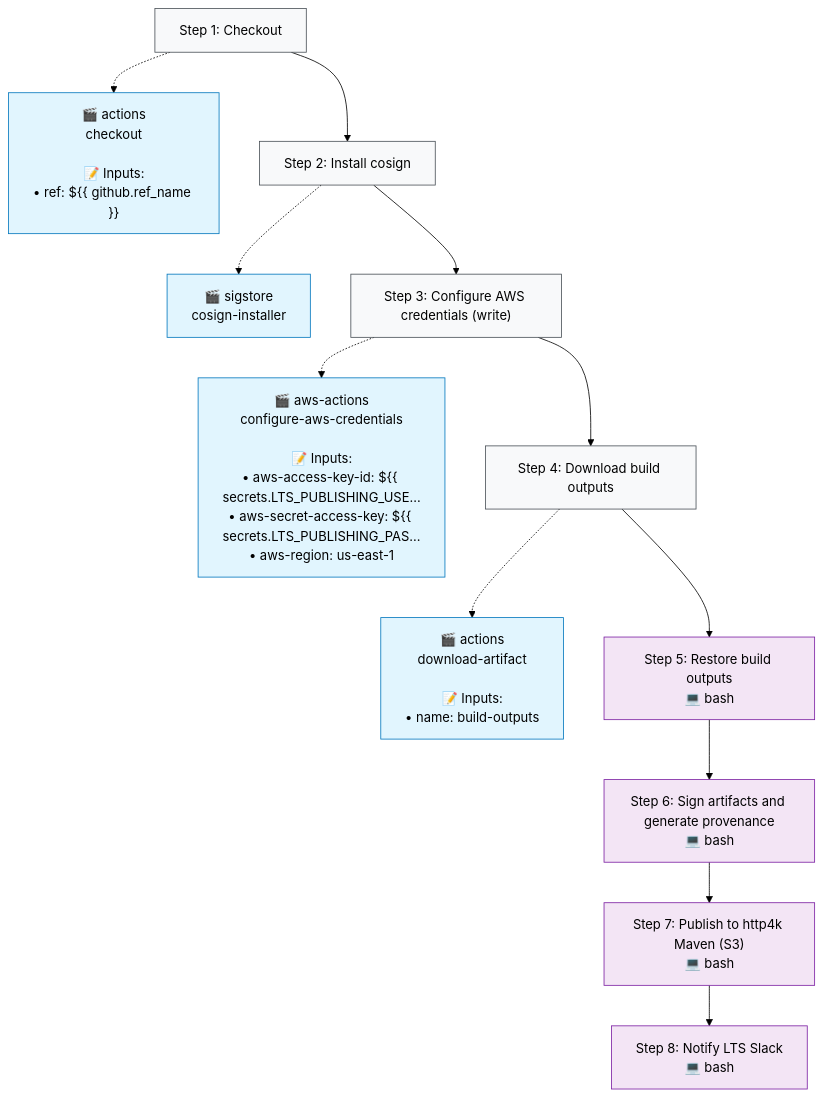
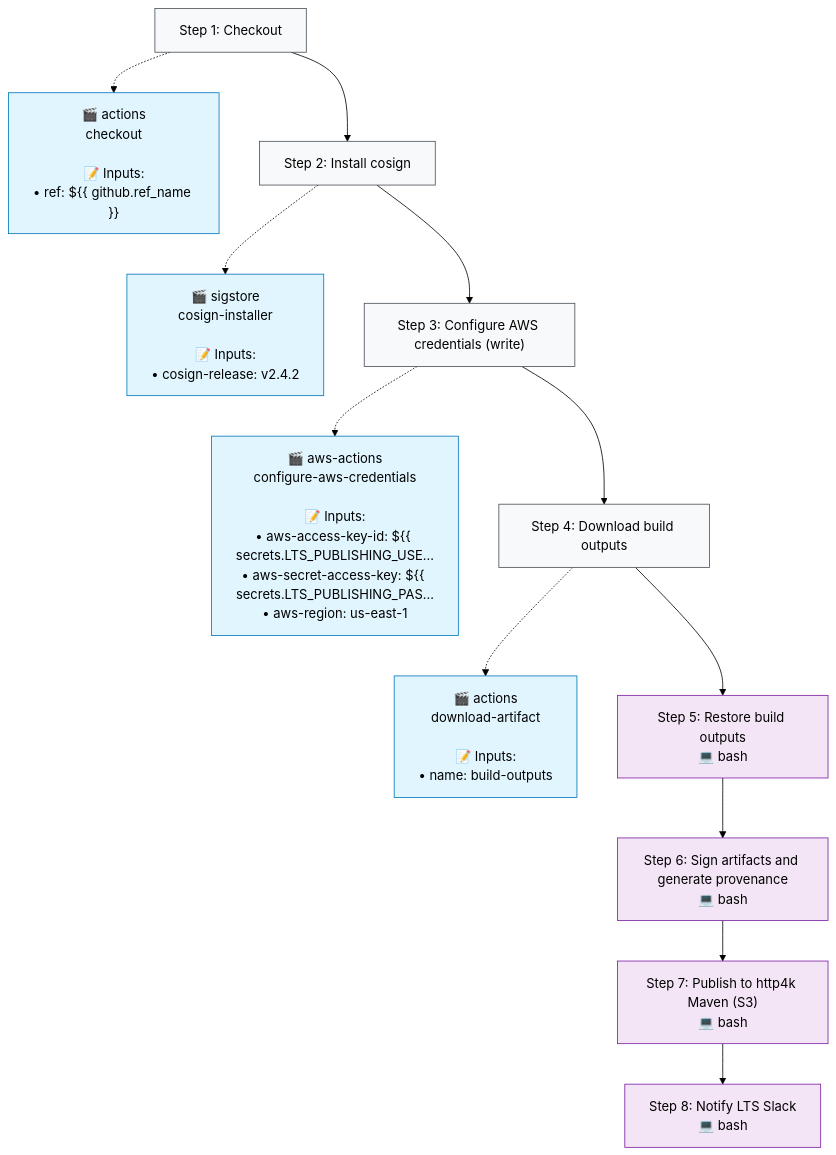
One commit to http4k/http4k changed the third of 3 diagrams in .github/typeflows/publish-artifacts/README.md. Above: the diagram before and after it, drawn with Mermaid (forest theme). The commit also changed other lines of this file and 27 other files, not shown here.

````diff
--- a/.github/typeflows/publish-artifacts/README.md
+++ b/.github/typeflows/publish-artifacts/README.md
@@ -101,39 +101,39 @@
 ```mermaid
 %%{init: {"flowchart": {"curve": "basis"}}}%%
 flowchart TD
     step1["Step 1: Checkout"]
     style step1 fill:#f8f9fa,stroke:#495057
     action1["🎬 actions<br/>checkout<br/><br/>📝 Inputs:<br/>• ref: ${{ github.ref_name }}"]
     style action1 fill:#e1f5fe,stroke:#0277bd
     step1 -.-> action1
     step2["Step 2: Install cosign"]
     style step2 fill:#f8f9fa,stroke:#495057
-    action2["🎬 sigstore<br/>cosign-installer"]
+    action2["🎬 sigstore<br/>cosign-installer<br/><br/>📝 Inputs:<br/>• cosign-release: v2.4.2"]
     style action2 fill:#e1f5fe,stroke:#0277bd
     step2 -.-> action2
     step1 --> step2
     step3["Step 3: Configure AWS credentials (write)"]
     style step3 fill:#f8f9fa,stroke:#495057
     action3["🎬 aws-actions<br/>configure-aws-credentials<br/><br/>📝 Inputs:<br/>• aws-access-key-id: ${{ secrets.LTS_PUBLISHING_USE...<br/>• aws-secret-access-key: ${{ secrets.LTS_PUBLISHING_PAS...<br/>• aws-region: us-east-1"]
     style action3 fill:#e1f5fe,stroke:#0277bd
     step3 -.-> action3
     step2 --> step3
     step4["Step 4: Download build outputs"]
     style step4 fill:#f8f9fa,stroke:#495057
     action4["🎬 actions<br/>download-artifact<br/><br/>📝 Inputs:<br/>• name: build-outputs"]
     style action4 fill:#e1f5fe,stroke:#0277bd
     step4 -.-> action4
     step3 --> step4
     step5["Step 5: Restore build outputs<br/>💻 bash"]
     style step5 fill:#f3e5f5,stroke:#7b1fa2
     step4 --> step5
     step6["Step 6: Sign artifacts and generate provenance<br/>💻 bash"]
     style step6 fill:#f3e5f5,stroke:#7b1fa2
     step5 --> step6
     step7["Step 7: Publish to http4k Maven (S3)<br/>💻 bash"]
     style step7 fill:#f3e5f5,stroke:#7b1fa2
     step6 --> step7
     step8["Step 8: Notify LTS Slack<br/>💻 bash"]
     style step8 fill:#f3e5f5,stroke:#7b1fa2
     step7 --> step8
 ```
````
